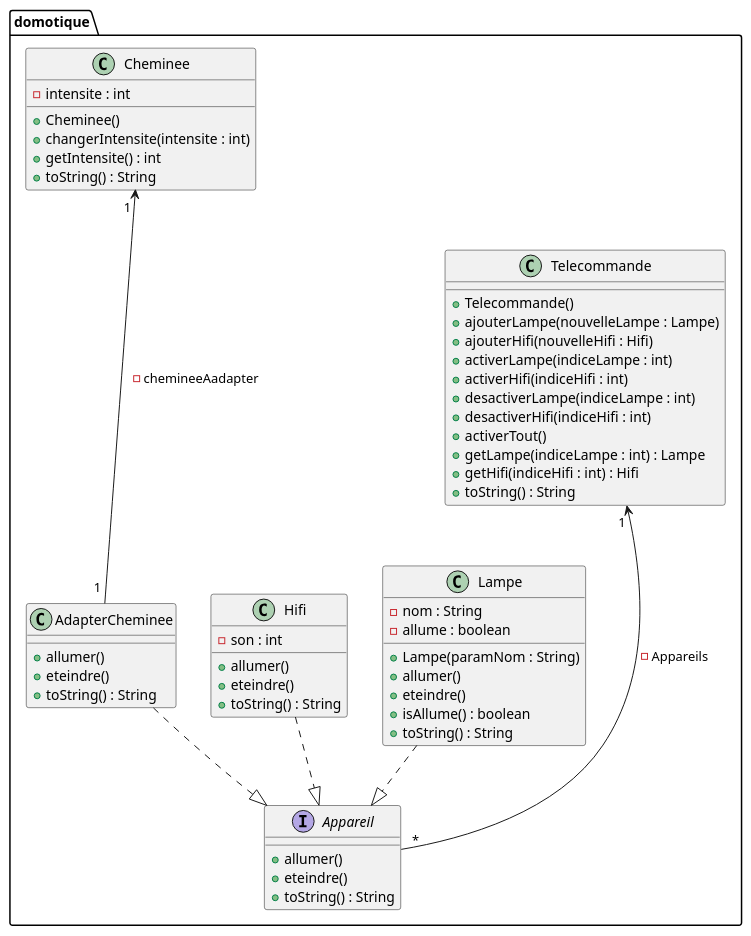
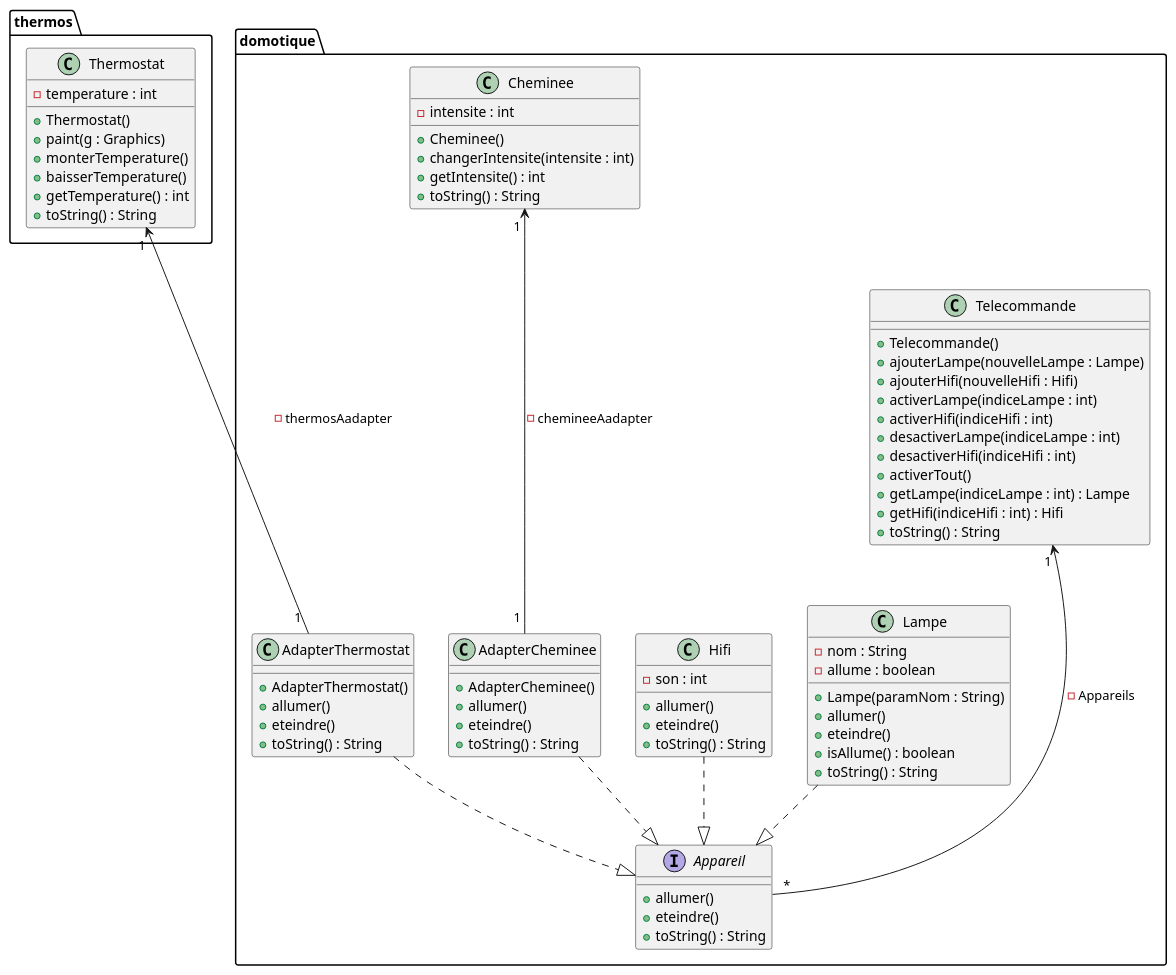
One commit to CharlieKieffer1/2026_coo_domotique_CharlieKieffer1 changed the diagram in plantUML_domotique_TD3.puml. Above: the diagram before and after it, drawn with PlantUML.

Commit message:
modif du plantuml encore

```diff
--- a/plantUML_domotique_TD3.puml
+++ b/plantUML_domotique_TD3.puml
@@ -1,71 +1,101 @@
 @startuml
 
 package domotique {
 
 class Telecommande {
 
     + Telecommande()
     + ajouterLampe(nouvelleLampe : Lampe)
     + ajouterHifi(nouvelleHifi : Hifi)
     + activerLampe(indiceLampe : int)
     + activerHifi(indiceHifi : int)
     + desactiverLampe(indiceLampe : int)
     + desactiverHifi(indiceHifi : int)
     + activerTout()
     + getLampe(indiceLampe : int) : Lampe
     + getHifi(indiceHifi : int) : Hifi
     + toString() : String
 }
 
 interface Appareil { 
     + allumer()
     + eteindre()
     + toString() : String
 }
 
 class Lampe {
     - nom : String
     - allume : boolean
 
     + Lampe(paramNom : String)
     + allumer()
     + eteindre()
     + isAllume() : boolean
     + toString() : String
 }
 
 class Hifi {
     - son : int
 
     + allumer()
     + eteindre()
     + toString() : String
 }
 
 class Cheminee {
 
     - intensite : int 
     
     + Cheminee()
     + changerIntensite(intensite : int) 
     + getIntensite() : int
     + toString() : String
 
 }
 
 class AdapterCheminee {
+
+    + AdapterCheminee()
+    + allumer()
+    + eteindre()
+    + toString() : String
+}
+
+class AdapterThermostat {
+    
+    + AdapterThermostat()
     + allumer()
     + eteindre()
     + toString() : String
 }
 
 }
 
+package thermos {
+
+class Thermostat {
+
+    - temperature : int
+    
+    + Thermostat()
+    + paint(g : Graphics)
+    + monterTemperature()
+    + baisserTemperature()
+    + getTemperature() : int
+    + toString() : String
+    
+
+}
+
 ' Relations
 Telecommande " 1 " <--- " * " Appareil : -Appareils
 Cheminee " 1 " <--- " 1 " AdapterCheminee : -chemineeAadapter
+Thermostat " 1 " <--- " 1 " AdapterThermostat : -thermosAadapter
+
 Lampe ..|> Appareil
 Hifi ..|> Appareil
 AdapterCheminee ..|> Appareil
+AdapterThermostat ..|> Appareil
+
 
 @enduml
```
